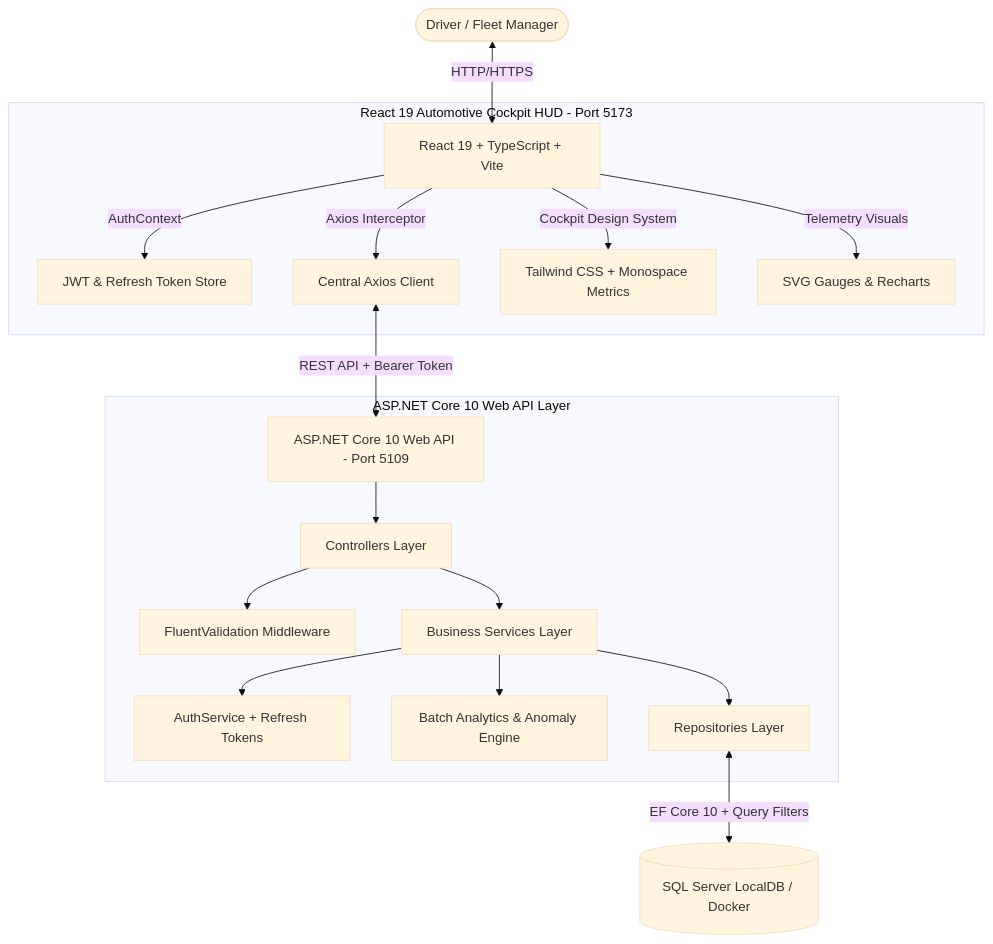
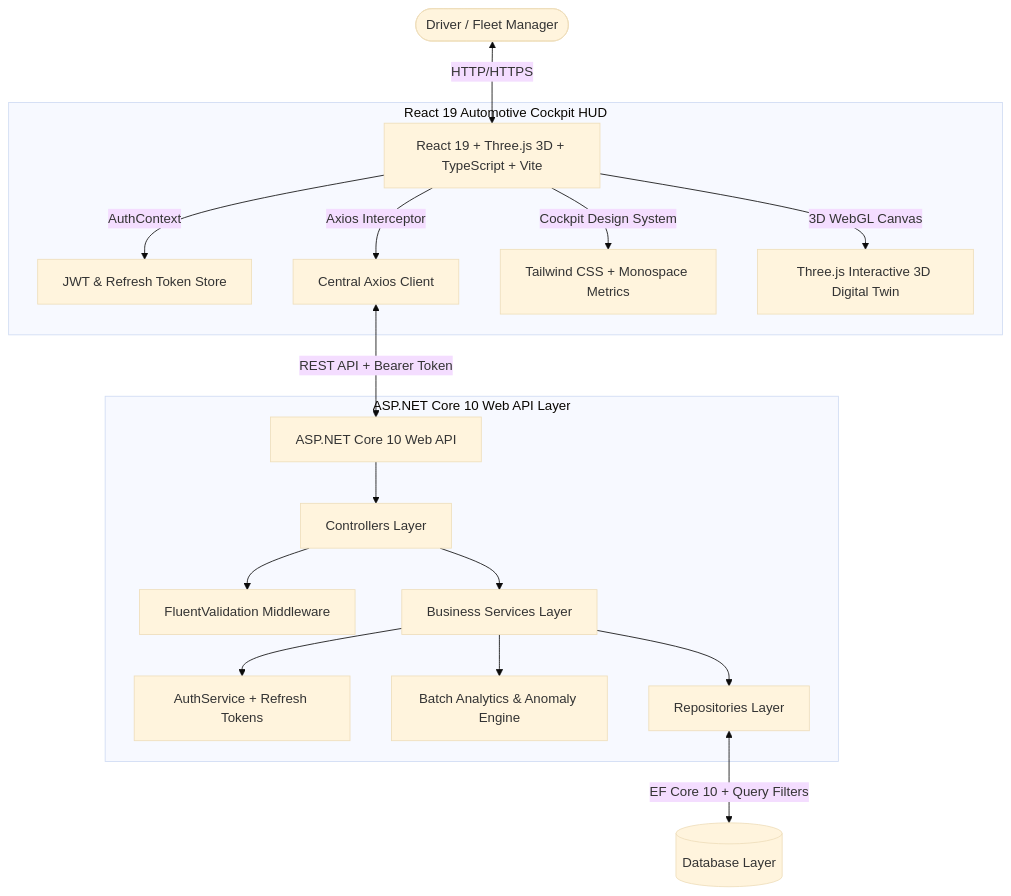
Before and after one commit to KeshavX3/Vehicle-PO: the diagram in README.md, drawn with Mermaid (base theme). The commit also changed other lines of this file, not shown here.

````diff
--- a/README.md
+++ b/README.md
@@ -68,24 +68,24 @@
 ```mermaid
 graph TD
-    User([Driver / Fleet Manager]) <-->|HTTP/HTTPS| ReactApp[React 19 + TypeScript + Vite]
+    User([Driver / Fleet Manager]) <-->|HTTP/HTTPS| ReactApp[React 19 + Three.js 3D + TypeScript + Vite]
     
-    subgraph Frontend Layer [React 19 Automotive Cockpit HUD - Port 5173]
+    subgraph Frontend Layer [React 19 Automotive Cockpit HUD]
         ReactApp -->|AuthContext| AuthState[JWT & Refresh Token Store]
         ReactApp -->|Axios Interceptor| AxiosClient[Central Axios Client]
         ReactApp -->|Cockpit Design System| CockpitUI[Tailwind CSS + Monospace Metrics]
-        ReactApp -->|Telemetry Visuals| Gauges[SVG Gauges & Recharts]
+        ReactApp -->|3D WebGL Canvas| ThreeCanvas[Three.js Interactive 3D Digital Twin]
     end
 
-    AxiosClient <-->|REST API + Bearer Token| API[ASP.NET Core 10 Web API - Port 5109]
+    AxiosClient <-->|REST API + Bearer Token| API[ASP.NET Core 10 Web API]
 
     subgraph Backend Layer [ASP.NET Core 10 Web API Layer]
         API --> Controllers[Controllers Layer]
         Controllers --> Validation[FluentValidation Middleware]
         Controllers --> Services[Business Services Layer]
         Services --> AuthService[AuthService + Refresh Tokens]
         Services --> AnalyticsService[Batch Analytics & Anomaly Engine]
         Services --> Repositories[Repositories Layer]
     end
 
-    Repositories <-->|EF Core 10 + Query Filters| SQL[(SQL Server LocalDB / Docker)]
+    Repositories <-->|EF Core 10 + Query Filters| SQL[(Database Layer)]
 ```
````
